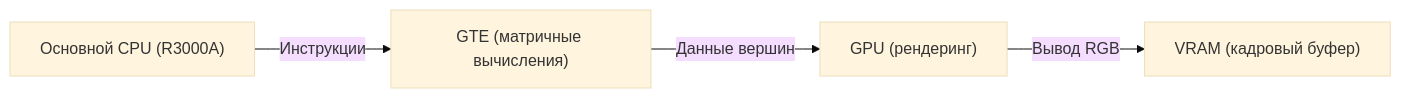
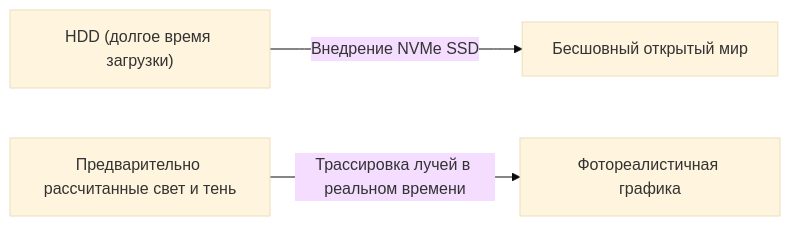
One commit to kenjinote/blog changed the second of 2 diagrams in content/post/history-of-video-game-consoles/index.ru.md. Above: the diagram before and after it, drawn with Mermaid (base theme). The commit also changed other lines of this file and 129 other files, not shown here.

````diff
--- a/content/post/history-of-video-game-consoles/index.ru.md
+++ b/content/post/history-of-video-game-consoles/index.ru.md
@@ -79,6 +61,5 @@
 ```mermaid
 graph LR
-    CPU["Основной CPU (R3000A)"] -- "Инструкции" --> GTE["GTE (матричные вычисления)"]
-    GTE -- "Данные вершин" --> GPU["GPU (рендеринг)"]
-    GPU -- "Вывод RGB" --> VRAM["VRAM (кадровый буфер)"]
+  A["HDD (долгое время загрузки)"] -- "Внедрение NVMe SSD" --> B["Бесшовный открытый мир"]
+  C["Предварительно рассчитанные свет и тень"] -- "Трассировка лучей в реальном времени" --> D["Фотореалистичная графика"]
 ```
````
